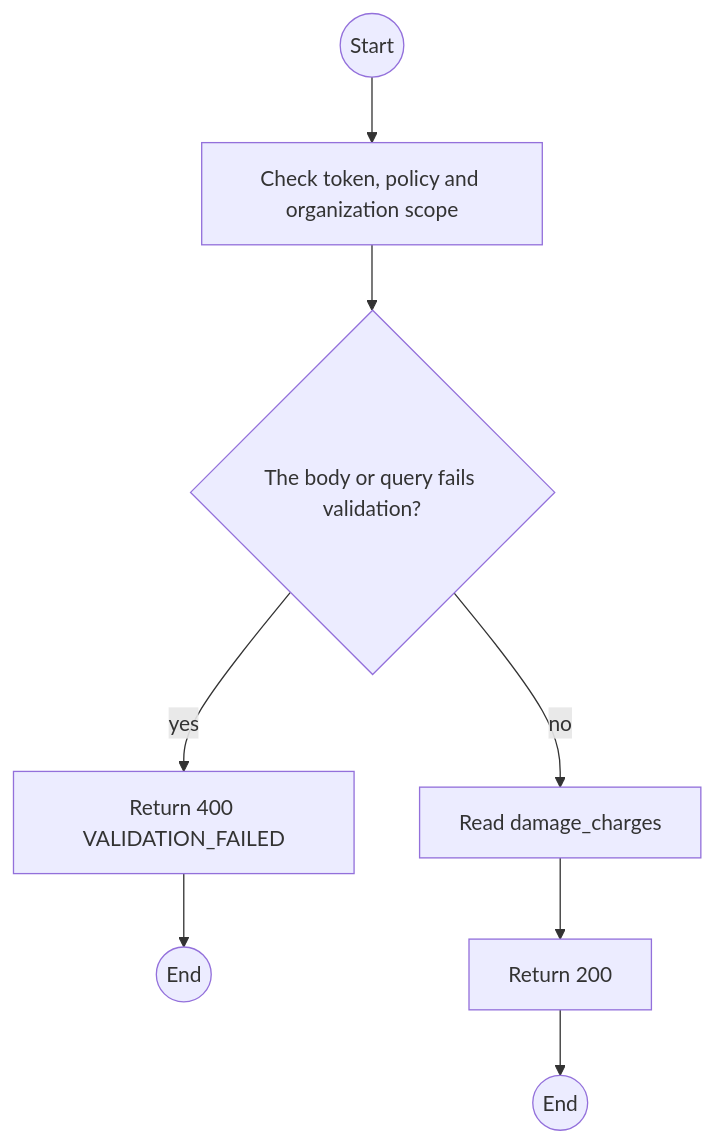
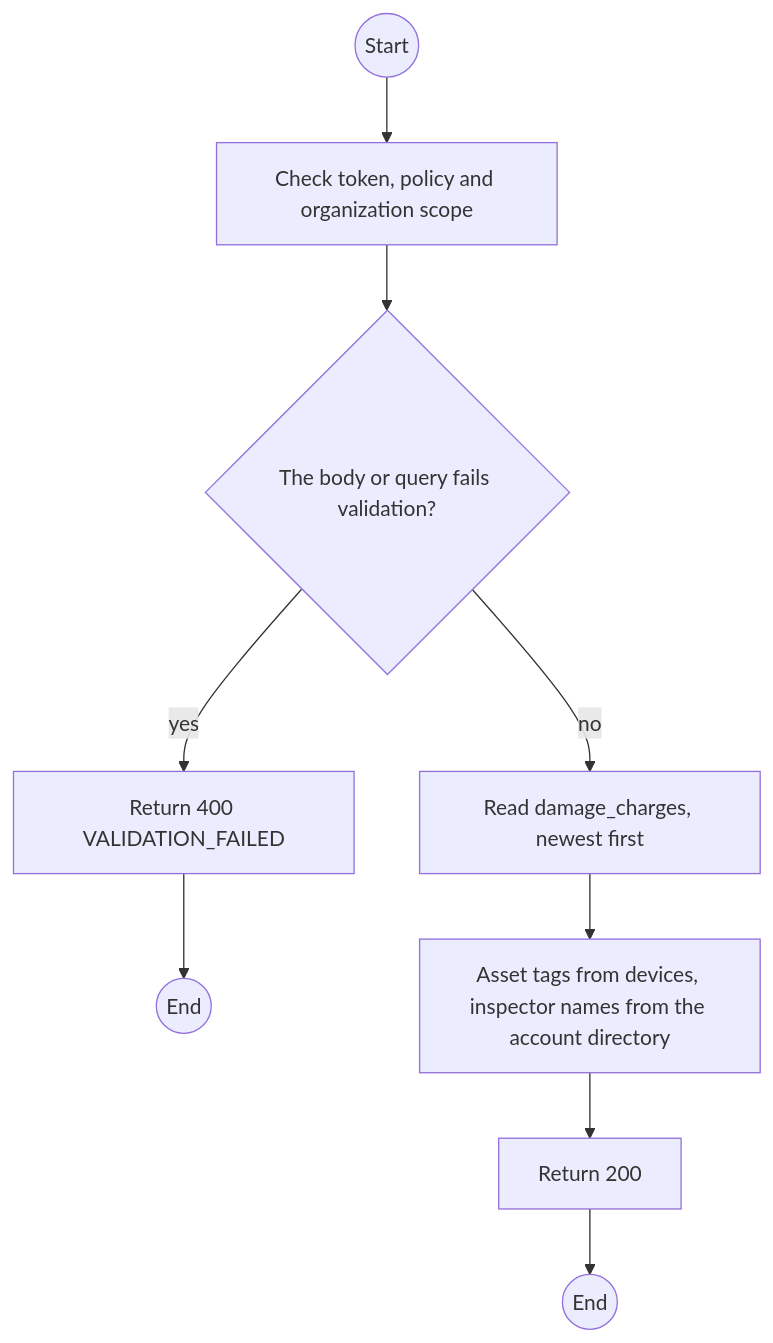
Before and after one commit to TrekLink-Team/treklink-web: the first of 2 diagrams in specs/billing/api-design/16-get-damage-charges.md, drawn with Mermaid. The commit also changed other lines of this file and 34 other files, not shown here.

First line of the commit message:
feat(TK-161): damage charge decision on the charge's own contract and inspector (UC-48, D-081)

````diff
--- a/specs/billing/api-design/16-get-damage-charges.md
+++ b/specs/billing/api-design/16-get-damage-charges.md
@@ -131,16 +135,18 @@
 ```mermaid
 flowchart TB
     S((Start))
     A0["Check token, policy and organization scope"]
     S --> A0
     D1{"The body or query fails validation?"}
     A0 --> D1
     E1["Return 400 VALIDATION_FAILED"]
     D1 -->|yes| E1
     E1 --> X1((End))
-    P0["Read damage_charges"]
+    P0["Read damage_charges, newest first"]
     D1 -->|no| P0
+    P1["Asset tags from devices, inspector names from the account directory"]
+    P0 --> P1
     OK["Return 200"]
-    P0 --> OK
+    P1 --> OK
     OK --> Z((End))
 ```
````
